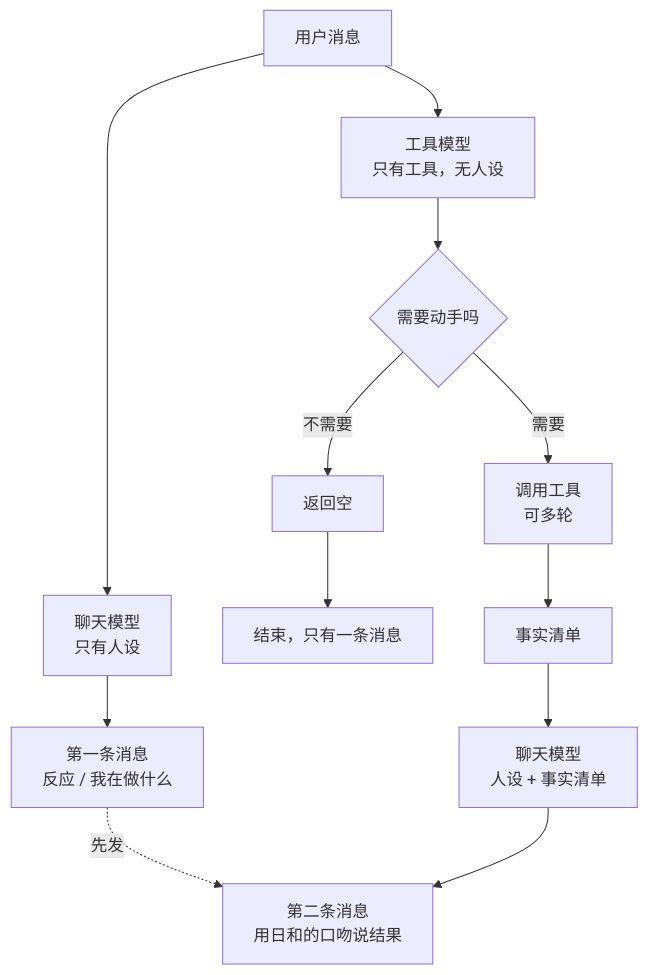
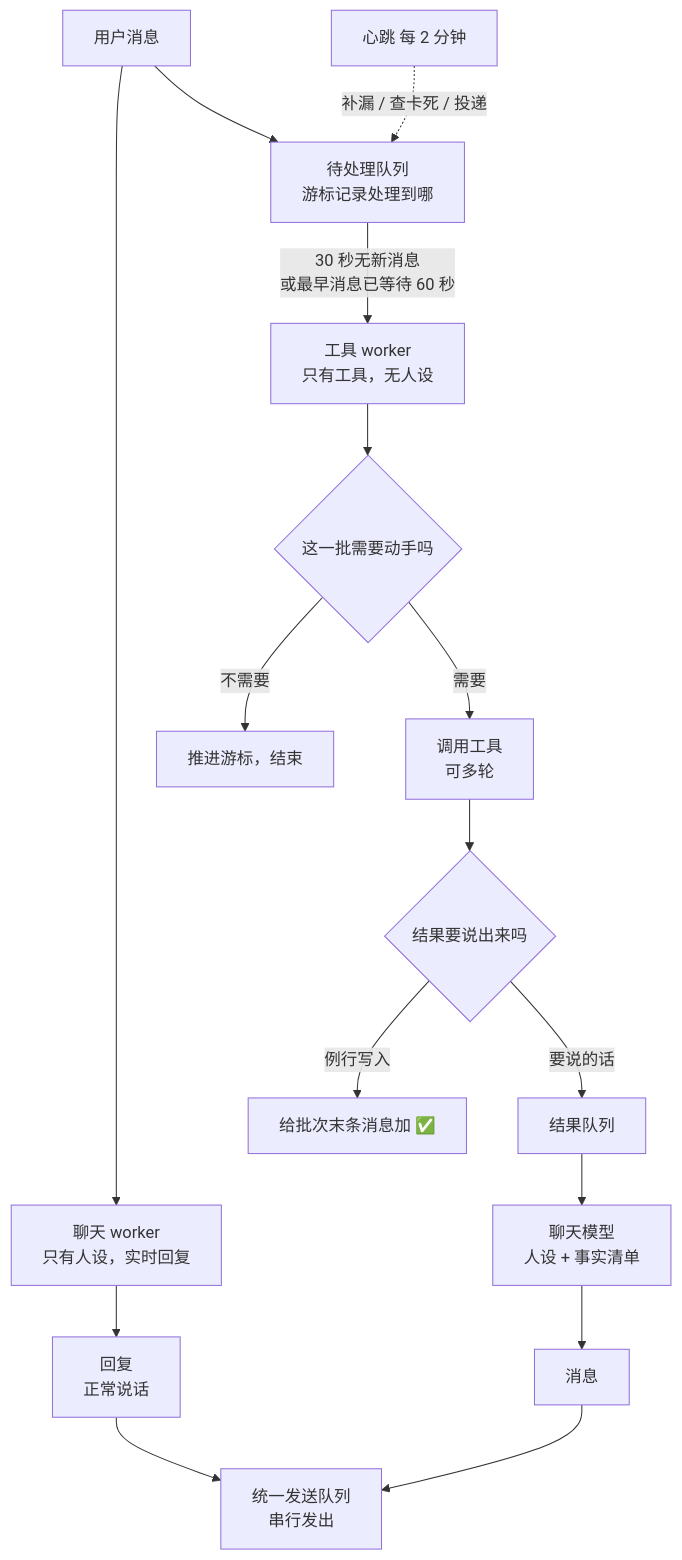
One commit to nctlcnt/life_tracker changed the diagram in docs/plan/parallel-chat-tool-split.md. Above: the diagram before and after it, drawn with Mermaid. The commit also changed other lines of this file, not shown here.

````diff
--- a/docs/plan/parallel-chat-tool-split.md
+++ b/docs/plan/parallel-chat-tool-split.md
@@ -21,14 +49,35 @@
 ```mermaid
+
 flowchart TD
-    A[用户消息] --> B[聊天模型<br/>只有人设]
-    A --> C[工具模型<br/>只有工具，无人设]
-    B --> D[第一条消息<br/>反应 / 我在做什么]
-    C --> E{需要动手吗}
-    E -->|不需要| F[返回空]
-    E -->|需要| G[调用工具<br/>可多轮]
-    G --> H[事实清单]
-    F --> I[结束，只有一条消息]
-    H --> J[聊天模型<br/>人设 + 事实清单]
-    J --> K[第二条消息<br/>用日和的口吻说结果]
-    D -.先发.-> K
+
+A[用户消息] --> B[聊天 worker<br/>只有人设，实时回复]
+
+A --> C[待处理队列<br/>游标记录处理到哪]
+
+B --> D[回复<br/>正常说话]
+
+C -->|30 秒无新消息<br/>或最早消息已等待 60 秒| E[工具 worker<br/>只有工具，无人设]
+
+E --> F{这一批需要动手吗}
+
+F -->|不需要| G[推进游标，结束]
+
+F -->|需要| H[调用工具<br/>可多轮]
+
+H --> I{结果要说出来吗}
+
+I -->|例行写入| J[给批次末条消息加 ✅]
+
+I -->|要说的话| K[结果队列]
+
+K --> L[聊天模型<br/>人设 + 事实清单]
+
+L --> M[消息]
+
+D --> N[统一发送队列<br/>串行发出]
+
+M --> N
+
+O[心跳 每 2 分钟] -.补漏 / 查卡死 / 投递.-> C
+
 ```
````
